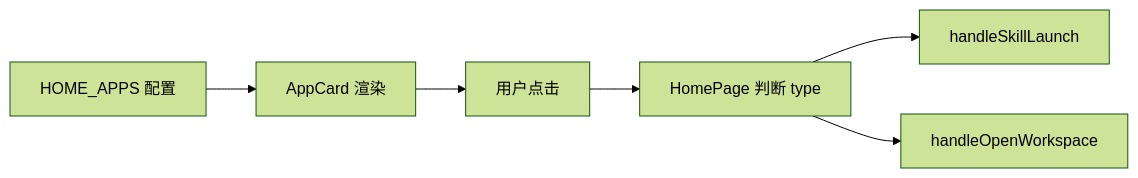
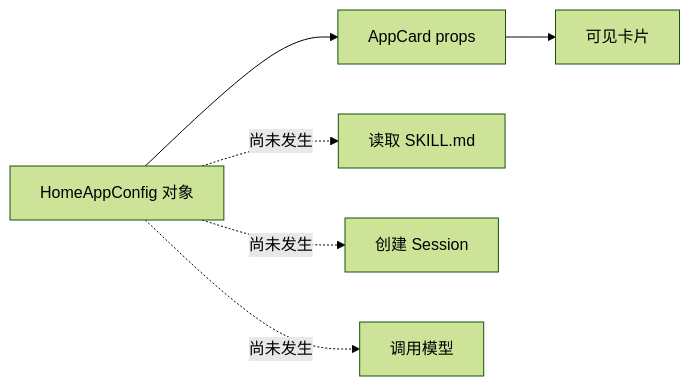
The diagram in learning-note/full-project-course-v2/textbook/part-b-user-operation-chain/B01-home-entry-is-just-config.md (LavaCourage07/startupOS), drawn with Mermaid (forest theme) before and after one commit. The commit also changed other lines of this file and 560 other files, not shown here.

````diff
--- a/learning-note/full-project-course-v2/textbook/part-b-user-operation-chain/B01-home-entry-is-just-config.md
+++ b/learning-note/full-project-course-v2/textbook/part-b-user-operation-chain/B01-home-entry-is-just-config.md
@@ -11,8 +77,8 @@
 ```mermaid
 flowchart LR
-    Config[HOME_APPS 配置] --> Card[AppCard 渲染]
-    Card --> Click[用户点击]
-    Click --> Page[HomePage 判断 type]
-    Page --> Skill[handleSkillLaunch]
-    Page --> Action[handleOpenWorkspace]
+    O[HomeAppConfig 对象] --> P[AppCard props]
+    P --> V[可见卡片]
+    O -.尚未发生.-> K[读取 SKILL.md]
+    O -.尚未发生.-> S[创建 Session]
+    O -.尚未发生.-> M[调用模型]
 ```
````
